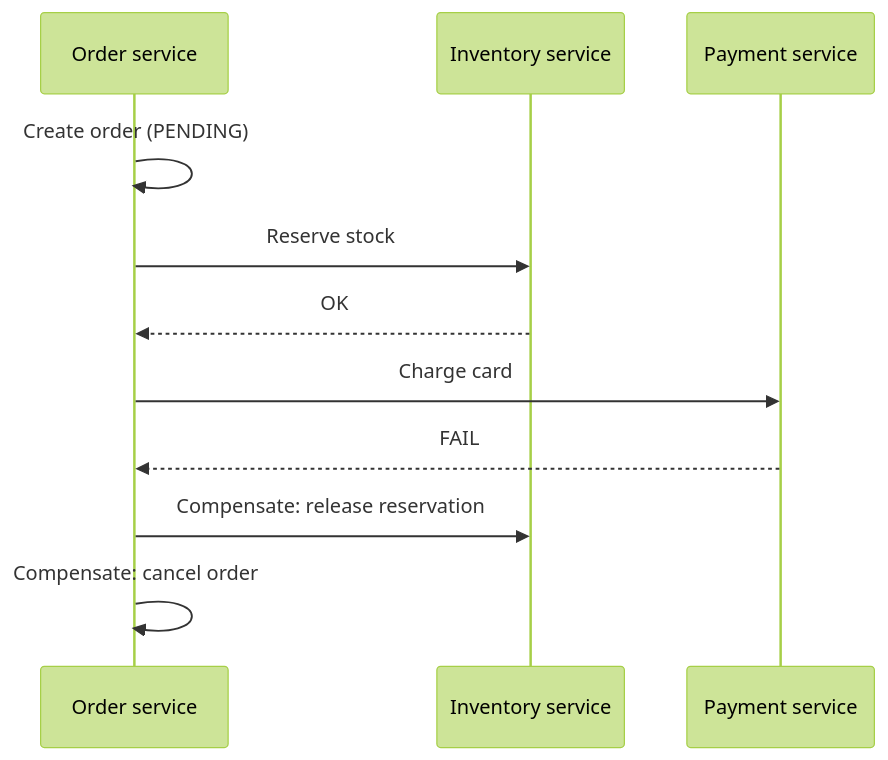
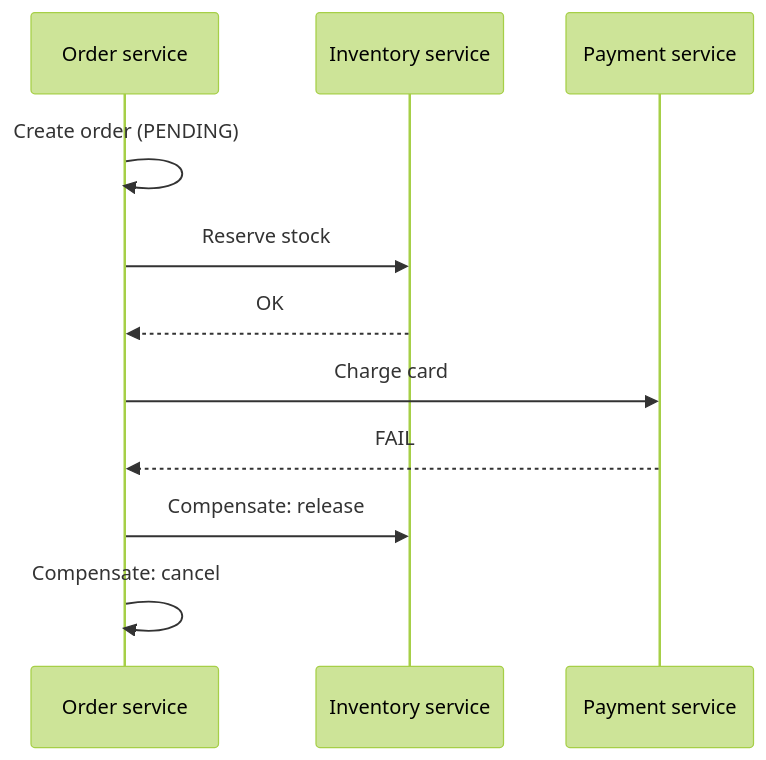
Before and after one commit to hareramcse/SystemDesign: diagram 18 of 22 in 08-microservices/README.md, drawn with Mermaid (forest theme). The commit also changed other lines of this file and 14 other files, not shown here.

````diff
--- a/08-microservices/README.md
+++ b/08-microservices/README.md
@@ -2778,14 +1702,13 @@
 ```mermaid
 sequenceDiagram
     participant O as Order service
     participant I as Inventory service
     participant P as Payment service
-
     O->>O: Create order (PENDING)
     O->>I: Reserve stock
     I-->>O: OK
     O->>P: Charge card
     P-->>O: FAIL
-    O->>I: Compensate: release reservation
-    O->>O: Compensate: cancel order
+    O->>I: Compensate: release
+    O->>O: Compensate: cancel
 ```
````
